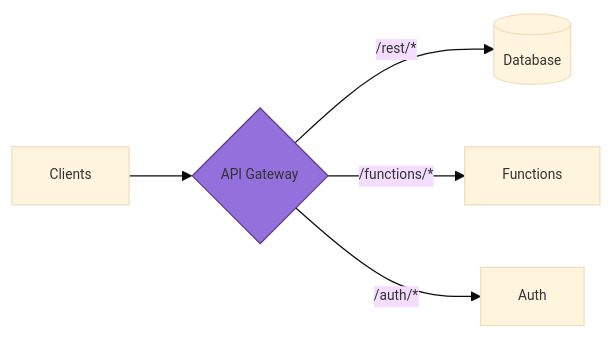
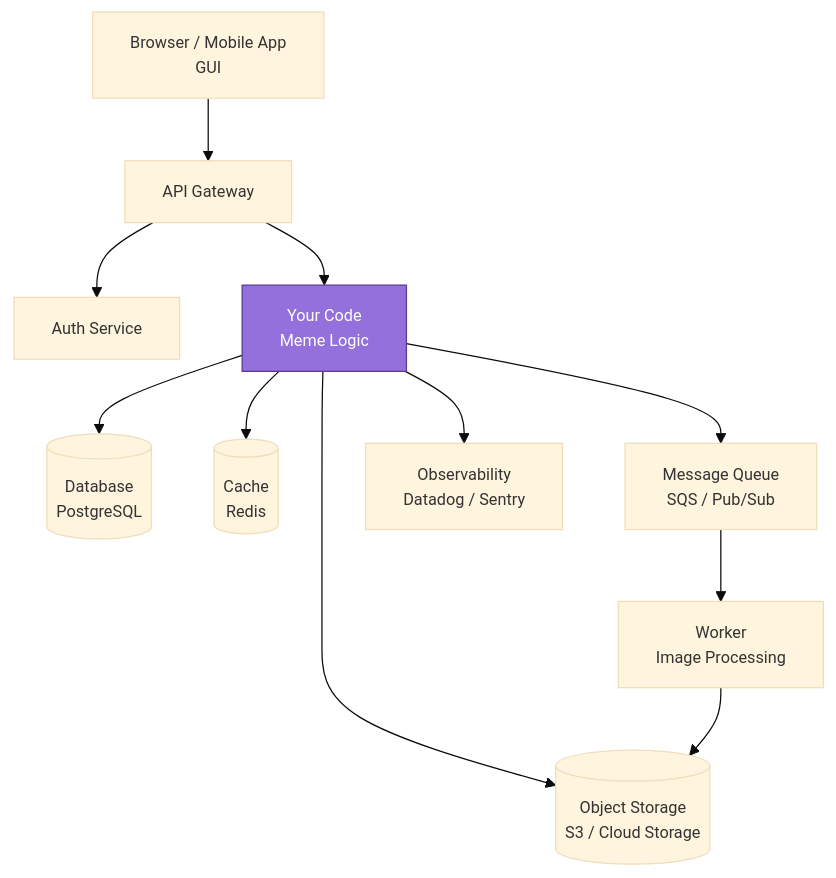
The diagram in lecture-slides-spertus/l21-serverless.mdx (neu-pdi/cs3100-public-resources), drawn with Mermaid before and after one commit. The commit also changed other lines of this file and 1 other file, not shown here.

Commit message:
Add meme generator arc

````diff
--- a/lecture-slides-spertus/l21-serverless.mdx
+++ b/lecture-slides-spertus/l21-serverless.mdx
@@ -1271,10 +1017,16 @@
 ```mermaid
-%%{init: {'theme': 'base', 'themeVariables': { 'fontSize': '11px' }}}%%
-flowchart LR
-    C[Clients] --> G{API Gateway}
-    G -->|"/rest/*"| DB[(Database)]
-    G -->|"/functions/*"| F[Functions]
-    G -->|"/auth/*"| A[Auth]
+%%{init: {'theme': 'base', 'themeVariables': { 'fontSize': '13px' }}}%%
+flowchart TD
+    U[Browser / Mobile App<br/>GUI] --> G[API Gateway]
+    G --> A[Auth Service]
+    G --> F[Your Code<br/>Meme Logic]
+    F --> DB[(Database<br/>PostgreSQL)]
+    F --> S3[(Object Storage<br/>S3 / Cloud Storage)]
+    F --> C[(Cache<br/>Redis)]
+    F --> Q[Message Queue<br/>SQS / Pub/Sub]
+    Q --> W[Worker<br/>Image Processing]
+    W --> S3
+    F --> O[Observability<br/>Datadog / Sentry]
 
-    style G fill:#9370DB,stroke:#5b3a8c
+    style F fill:#9370DB,stroke:#5b3a8c,color:#fff
 ```
````
